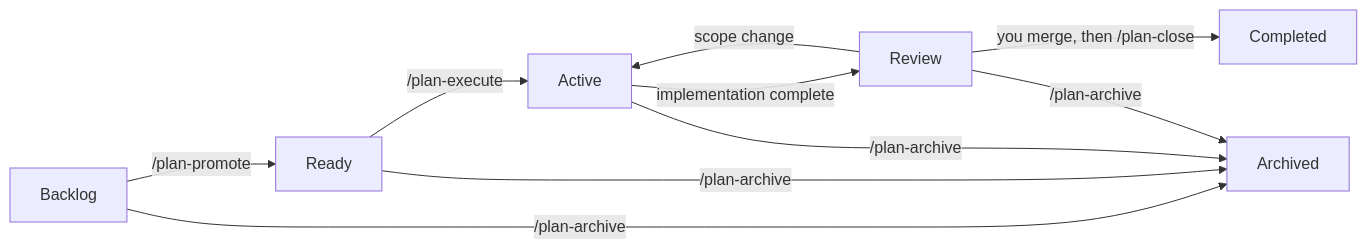
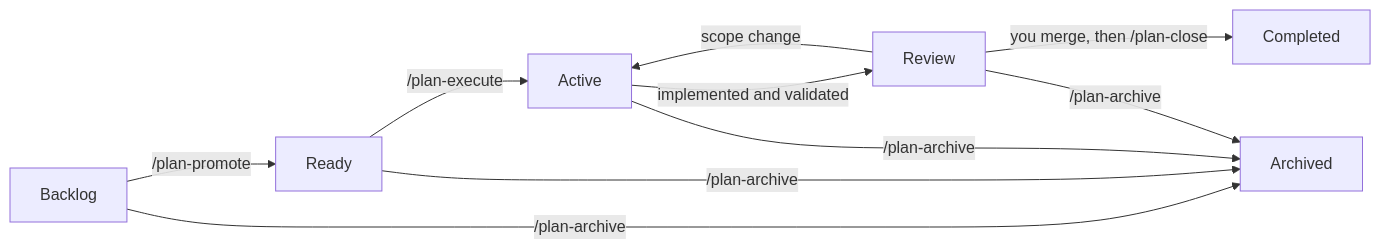
Before and after one commit to kirinmurphy/roborepo-alpha: the third of 3 diagrams in README.md, drawn with Mermaid. The commit also changed 26 other files, not shown here.

First line of the commit message:
Add a validation loop to plan-execute and make plan-review the human review

````diff
--- a/README.md
+++ b/README.md
@@ -190,7 +190,7 @@
 ```mermaid
 flowchart LR
-  Backlog -->|/plan-promote| Ready -->|/plan-execute| Active -->|implementation complete| Review
+  Backlog -->|/plan-promote| Ready -->|/plan-execute| Active -->|implemented and validated| Review
   Review -->|you merge, then /plan-close| Completed
   Review -->|scope change| Active
   Backlog & Ready & Active & Review -->|/plan-archive| Archived
 ```
````
